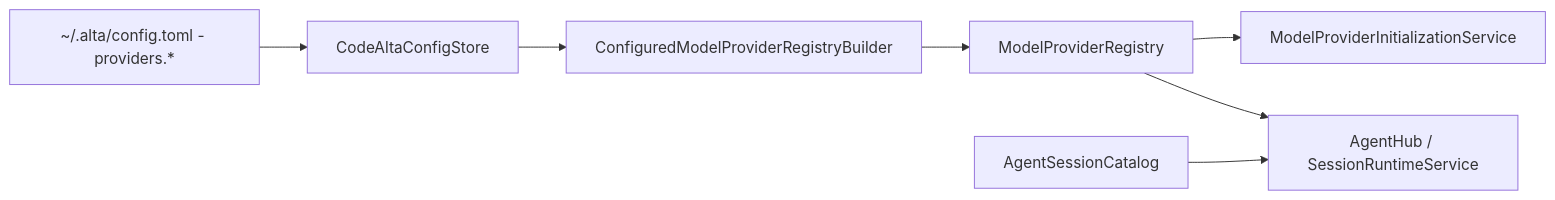
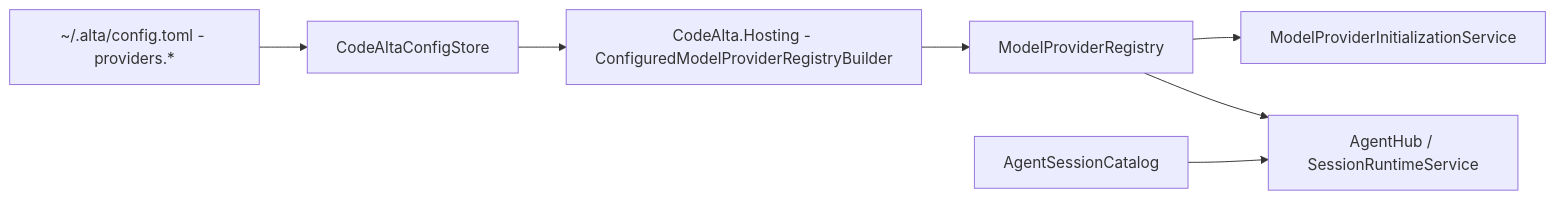
The first of 2 diagrams in doc/providers.md (CodeAlta/CodeAlta), drawn with Mermaid before and after one commit. The commit also changed other lines of this file and 21 other files, not shown here.

Commit message:
Refactor configured provider composition into shared hosting

````diff
--- a/doc/providers.md
+++ b/doc/providers.md
@@ -7,17 +7,17 @@
 ```mermaid
 flowchart LR
     Config[~/.alta/config.toml - providers.*]
     Store[CodeAltaConfigStore]
-    Builder[ConfiguredModelProviderRegistryBuilder]
+    Builder[CodeAlta.Hosting - ConfiguredModelProviderRegistryBuilder]
     Registry[ModelProviderRegistry]
     Init[ModelProviderInitializationService]
     Runtime[AgentHub / SessionRuntimeService]
     Catalog[AgentSessionCatalog]
 
     Config --> Store
     Store --> Builder
     Builder --> Registry
     Registry --> Init
     Registry --> Runtime
     Catalog --> Runtime
 ```
````
